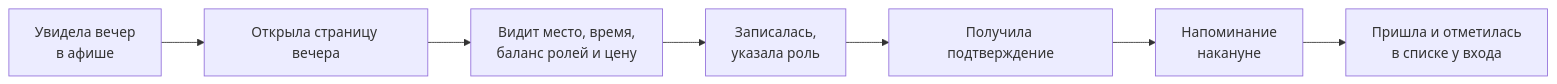
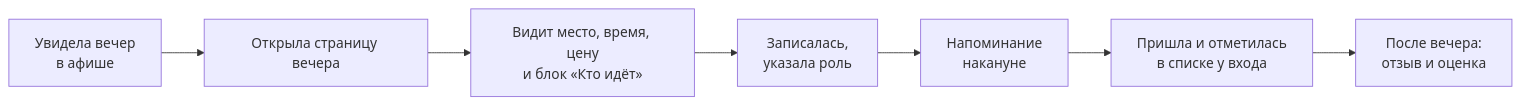
Before and after one commit to Respawn2/dance-evening: the diagram in docs/requirements.md, drawn with Mermaid. The commit also changed other lines of this file and 14 other files, not shown here.

````diff
--- a/docs/requirements.md
+++ b/docs/requirements.md
@@ -82,9 +92,9 @@
 ```mermaid
 flowchart LR
     A[Увидела вечер<br/>в афише] --> B[Открыла страницу вечера]
-    B --> C[Видит место, время,<br/>баланс ролей и цену]
+    B --> C[Видит место, время, цену<br/>и блок «Кто идёт»]
     C --> D[Записалась,<br/>указала роль]
-    D --> E[Получила подтверждение]
-    E --> F[Напоминание<br/>накануне]
-    F --> G[Пришла и отметилась<br/>в списке у входа]
+    D --> E[Напоминание<br/>накануне]
+    E --> F[Пришла и отметилась<br/>в списке у входа]
+    F --> G[После вечера:<br/>отзыв и оценка]
 ```
````
